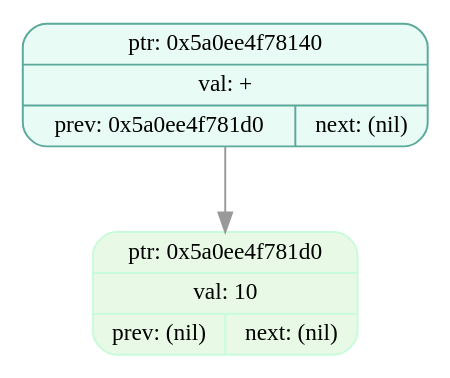
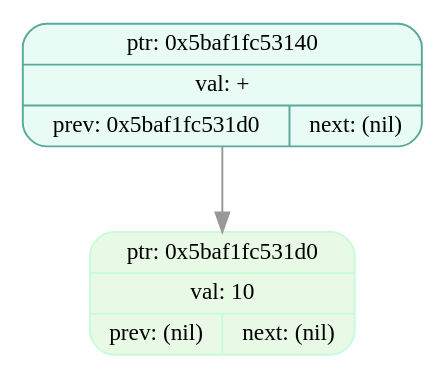
Before and after one commit to EvilTomato9890/Difference: the diagram in dumps/tree_dump_001.dot, drawn with Graphviz. The commit also changed 46 other files, not shown here.

```diff
--- a/dumps/tree_dump_001.dot
+++ b/dumps/tree_dump_001.dot
@@ -1,7 +1,7 @@
 digraph T{
   node [fontname="Fira Mono",shape=record,style="filled,rounded",fontsize=12];
   graph [splines=true, nodesep=0.6, ranksep=0.6];
-  node_0x5a0ee4f78140[shape=record,label="{ {ptr: 0x5a0ee4f78140} | {val: +} | { prev: 0x5a0ee4f781d0 | next: (nil) } }",color="#5aa99b",fillcolor="#e9fbf5"];
-  node_0x5a0ee4f781d0[shape=record,label="{ {ptr: 0x5a0ee4f781d0} | {val: 10} | { prev: (nil) | next: (nil) } }",color="#c9fbdbff",fillcolor="#e8f9e5ff"];
-  node_0x5a0ee4f78140 -> node_0x5a0ee4f781d0 [color="#999999"];
+  node_0x5baf1fc53140[shape=record,label="{ {ptr: 0x5baf1fc53140} | {val: +} | { prev: 0x5baf1fc531d0 | next: (nil) } }",color="#5aa99b",fillcolor="#e9fbf5"];
+  node_0x5baf1fc531d0[shape=record,label="{ {ptr: 0x5baf1fc531d0} | {val: 10} | { prev: (nil) | next: (nil) } }",color="#c9fbdbff",fillcolor="#e8f9e5ff"];
+  node_0x5baf1fc53140 -> node_0x5baf1fc531d0 [color="#999999"];
 }
```
